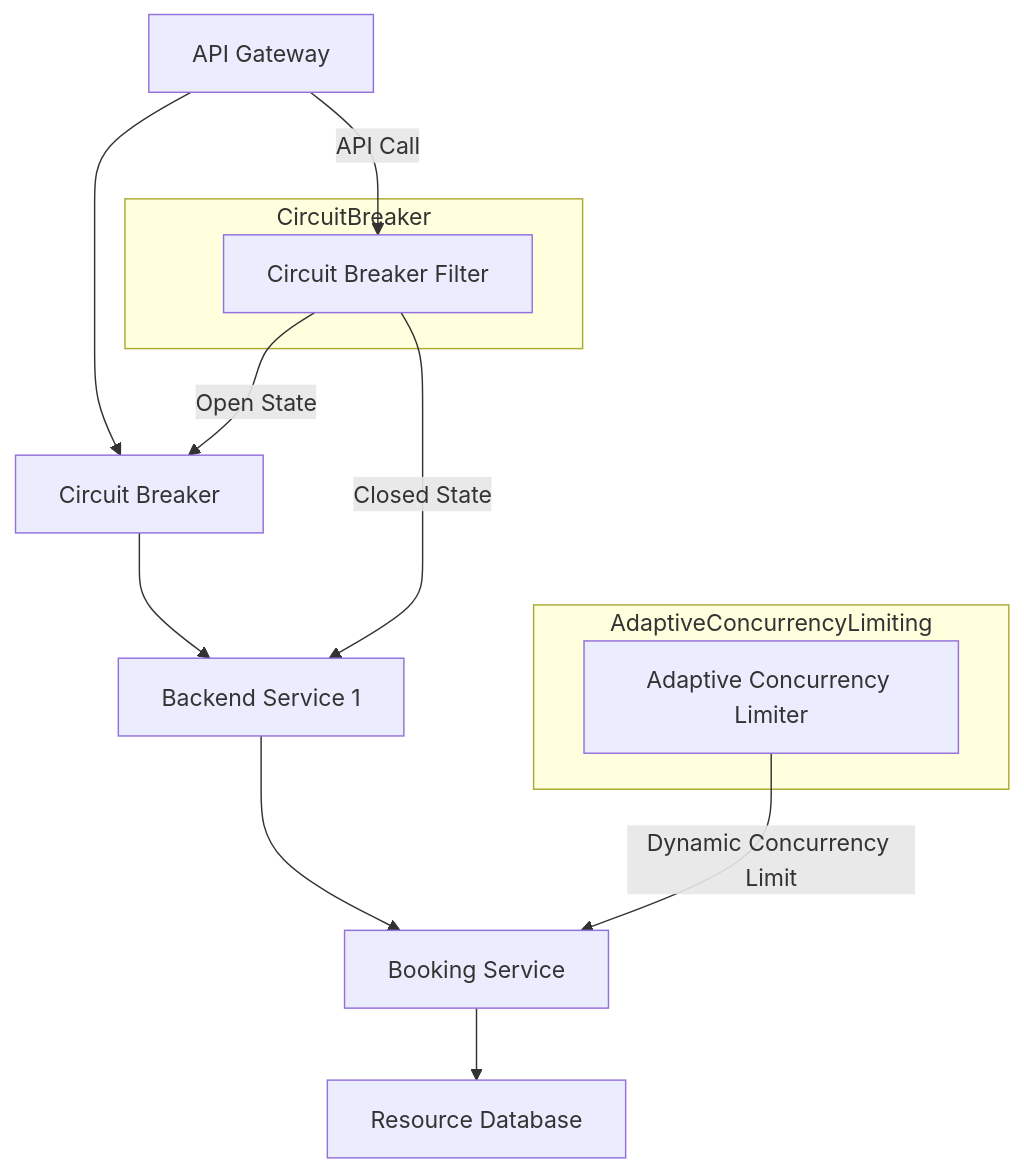
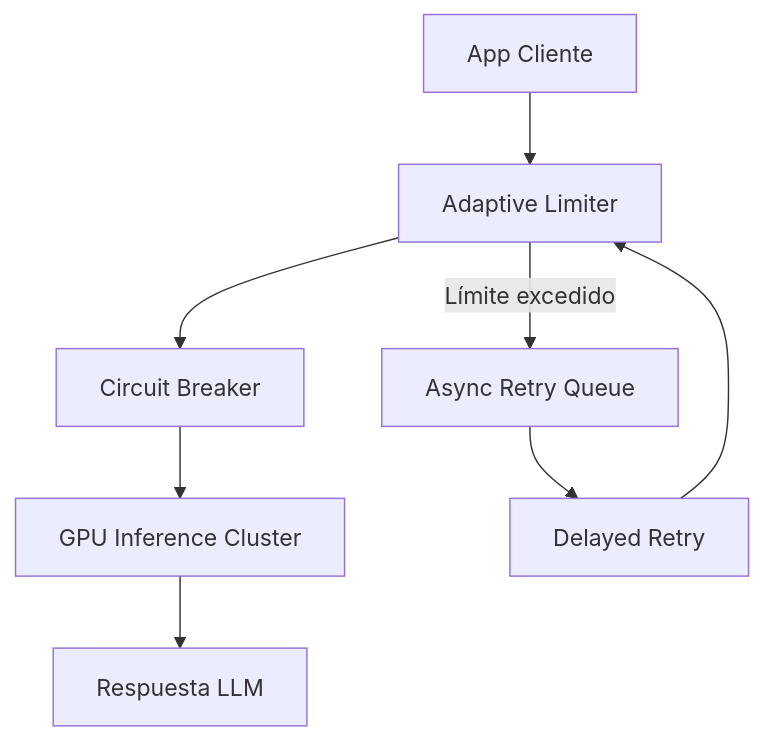
One commit to Joaquinriosheredia/DAM-Java-Mastery changed the sixth of 7 diagrams in _Review/circuit_breaking_avanzado_y_adaptive_concurrency/circuit_breaking_avanzado_y_adaptive_concurrency.md. Above: the diagram before and after it, drawn with Mermaid. The commit also changed other lines of this file, not shown here.

Commit message:
Circuit Breaking Avanzado y Adaptive Concurrency en Java 21

````diff
--- a/_Review/circuit_breaking_avanzado_y_adaptive_concurrency/circuit_breaking_avanzado_y_adaptive_concurrency.md
+++ b/_Review/circuit_breaking_avanzado_y_adaptive_concurrency/circuit_breaking_avanzado_y_adaptive_concurrency.md
@@ -472,20 +400,10 @@
 ```mermaid
 graph TD
-    A[API Gateway] --> B[Circuit Breaker]
-    B --> C[Backend Service 1]
-    C --> D[Booking Service]
-    D --> E[Resource Database]
-    
-    subgraph CircuitBreaker
-        F[Circuit Breaker Filter]
-    end
-    
-    subgraph AdaptiveConcurrencyLimiting
-        G[Adaptive Concurrency Limiter]
-    end
-    
-    A -- "API Call" --> F
-    F -- "Open State" --> B
-    F -- "Closed State" --> C
-    G -- "Dynamic Concurrency Limit" --> D
+    CLIENT[App Cliente] --> LIM[Adaptive Limiter]
+    LIM --> CB[Circuit Breaker]
+    CB --> GPU[GPU Inference Cluster]
+    GPU --> RES[Respuesta LLM]
+    LIM -->|Límite excedido| QUEUE[Async Retry Queue]
+    QUEUE --> RET[Delayed Retry]
+    RET --> LIM
 ```
````
